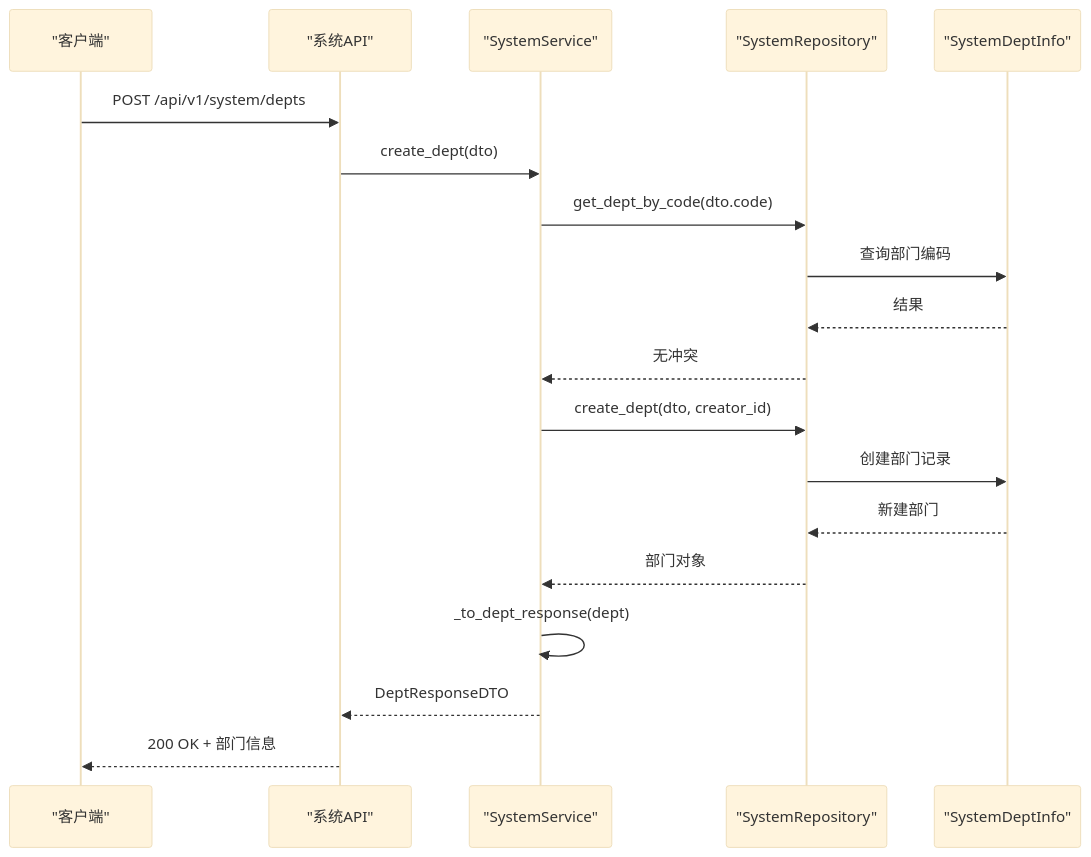
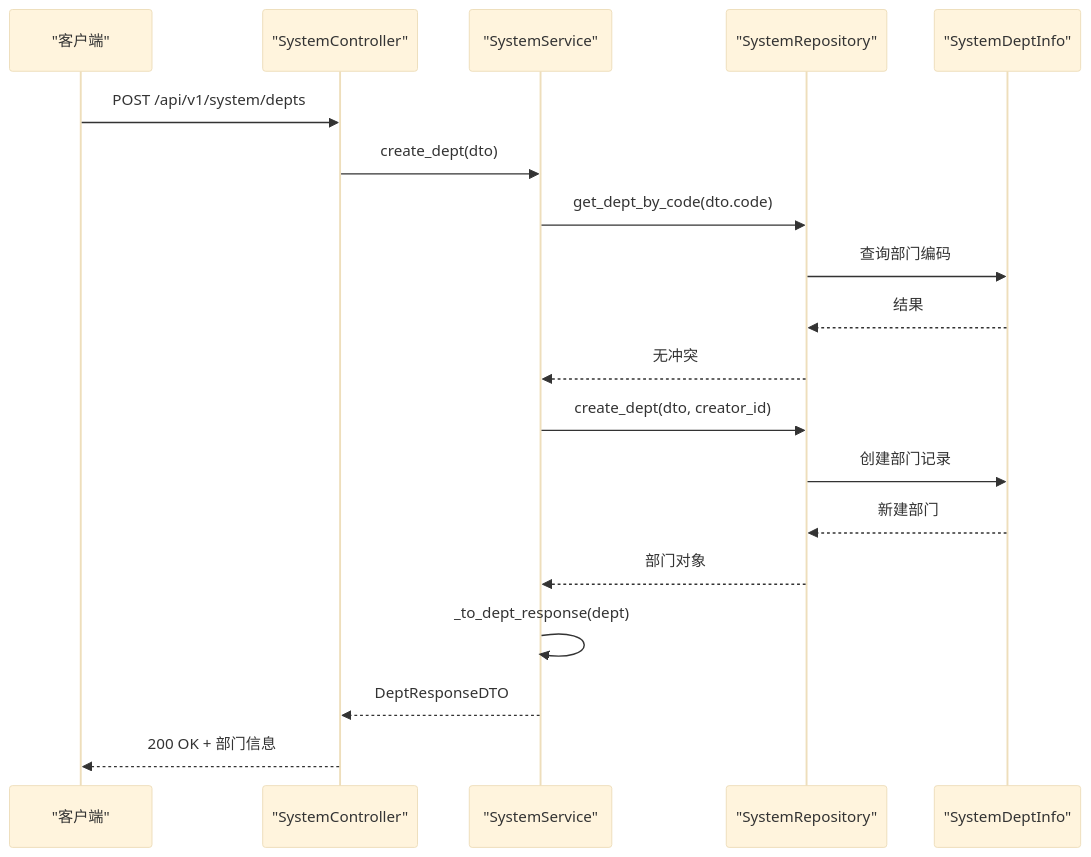
The sixth of 14 diagrams in .qoder/repowiki/zh/content/API 接口文档/系统管理接口.md (taoweidong/Hello-Django-Ninja-Api), drawn with Mermaid (base theme) before and after one commit. The commit also changed other lines of this file and 7 other files, not shown here.

````diff
--- a/.qoder/repowiki/zh/content/API 接口文档/系统管理接口.md
+++ b/.qoder/repowiki/zh/content/API 接口文档/系统管理接口.md
@@ -426,21 +504,21 @@
 ```mermaid
 sequenceDiagram
 participant Client as "客户端"
-participant API as "系统API"
+participant Controller as "SystemController"
 participant Service as "SystemService"
 participant Repo as "SystemRepository"
 participant Model as "SystemDeptInfo"
-Client->>API : POST /api/v1/system/depts
-API->>Service : create_dept(dto)
+Client->>Controller : POST /api/v1/system/depts
+Controller->>Service : create_dept(dto)
 Service->>Repo : get_dept_by_code(dto.code)
 Repo->>Model : 查询部门编码
 Model-->>Repo : 结果
 Repo-->>Service : 无冲突
 Service->>Repo : create_dept(dto, creator_id)
 Repo->>Model : 创建部门记录
 Model-->>Repo : 新建部门
 Repo-->>Service : 部门对象
 Service->>Service : _to_dept_response(dept)
-Service-->>API : DeptResponseDTO
-API-->>Client : 200 OK + 部门信息
+Service-->>Controller : DeptResponseDTO
+Controller-->>Client : 200 OK + 部门信息
 ```
````
